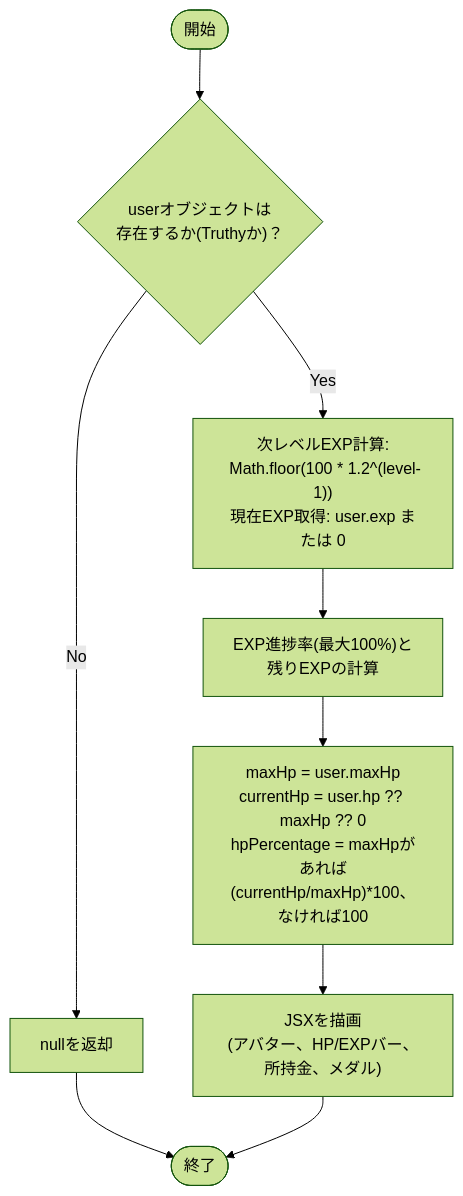
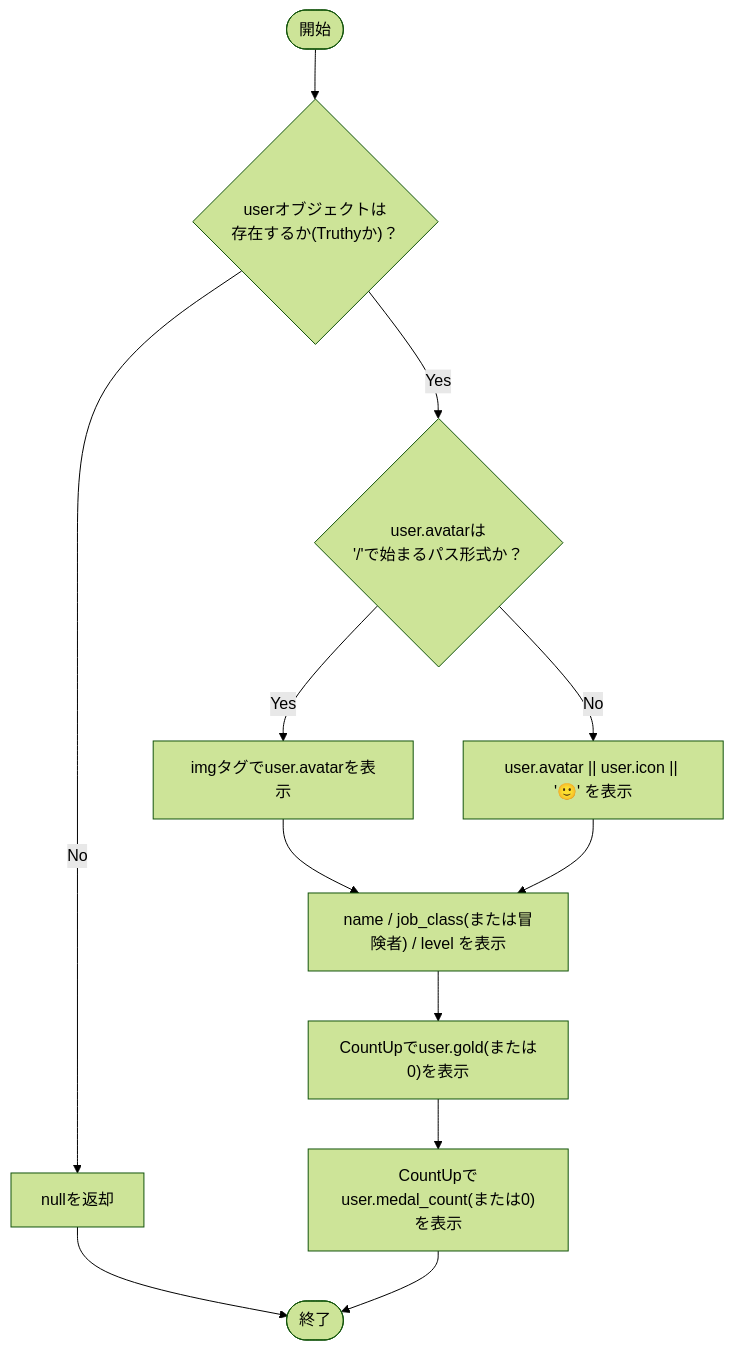
The first of 2 diagrams in docs/specifications/family-quest/src/features/family/components/UserStatusCard.md (mmtigers/my_python_project), drawn with Mermaid (forest theme) before and after one commit. The commit also changed other lines of this file and 65 other files, not shown here.

````diff
--- a/docs/specifications/family-quest/src/features/family/components/UserStatusCard.md
+++ b/docs/specifications/family-quest/src/features/family/components/UserStatusCard.md
@@ -80,11 +82,14 @@
 ```mermaid
 flowchart TD
     Start([開始]) --> CheckUser{"userオブジェクトは\n存在するか(Truthyか)？"}
     CheckUser -- No --> ReturnNull["nullを返却"] --> End([終了])
-    CheckUser -- Yes --> CalcEXP["次レベルEXP計算:\n Math.floor(100 * 1.2^(level-1))\n現在EXP取得: user.exp または 0"]
-    CalcEXP --> CalcEXPRate["EXP進捗率(最大100%)と\n残りEXPの計算"]
-    CalcEXPRate --> CalcHP["maxHp = user.maxHp\ncurrentHp = user.hp ?? maxHp ?? 0\nhpPercentage = maxHpがあれば(currentHp/maxHp)*100、なければ100"]
-    CalcHP --> Render["JSXを描画\n(アバター、HP/EXPバー、所持金、メダル)"]
-    Render --> End
+    CheckUser -- Yes --> CheckAvatar{"user.avatarは\n'/'で始まるパス形式か？"}
+    CheckAvatar -- Yes --> RenderImg["imgタグでuser.avatarを表示"]
+    CheckAvatar -- No --> RenderFallback["user.avatar || user.icon || '🙂' を表示"]
+    RenderImg --> RenderName["name / job_class(または冒険者) / level を表示"]
+    RenderFallback --> RenderName
+    RenderName --> RenderGold["CountUpでuser.gold(または0)を表示"]
+    RenderGold --> RenderMedal["CountUpでuser.medal_count(または0)を表示"]
+    RenderMedal --> End
 
 ```
````
